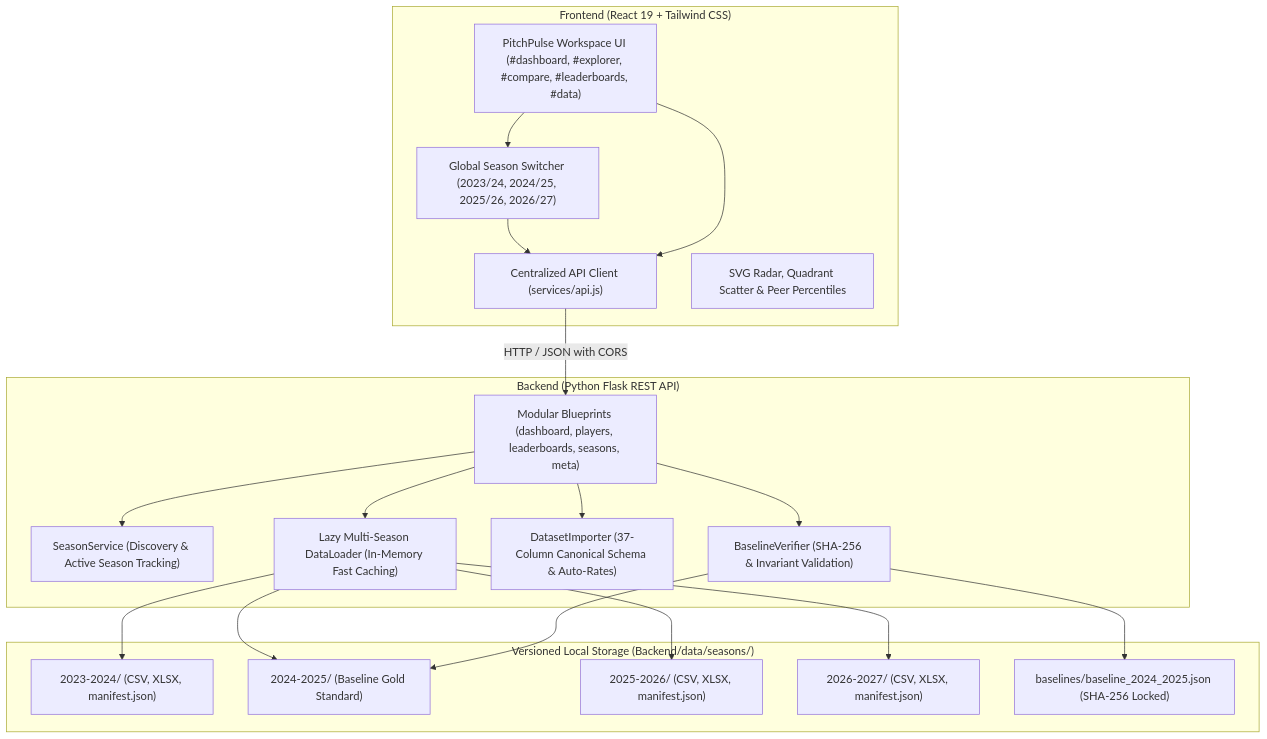
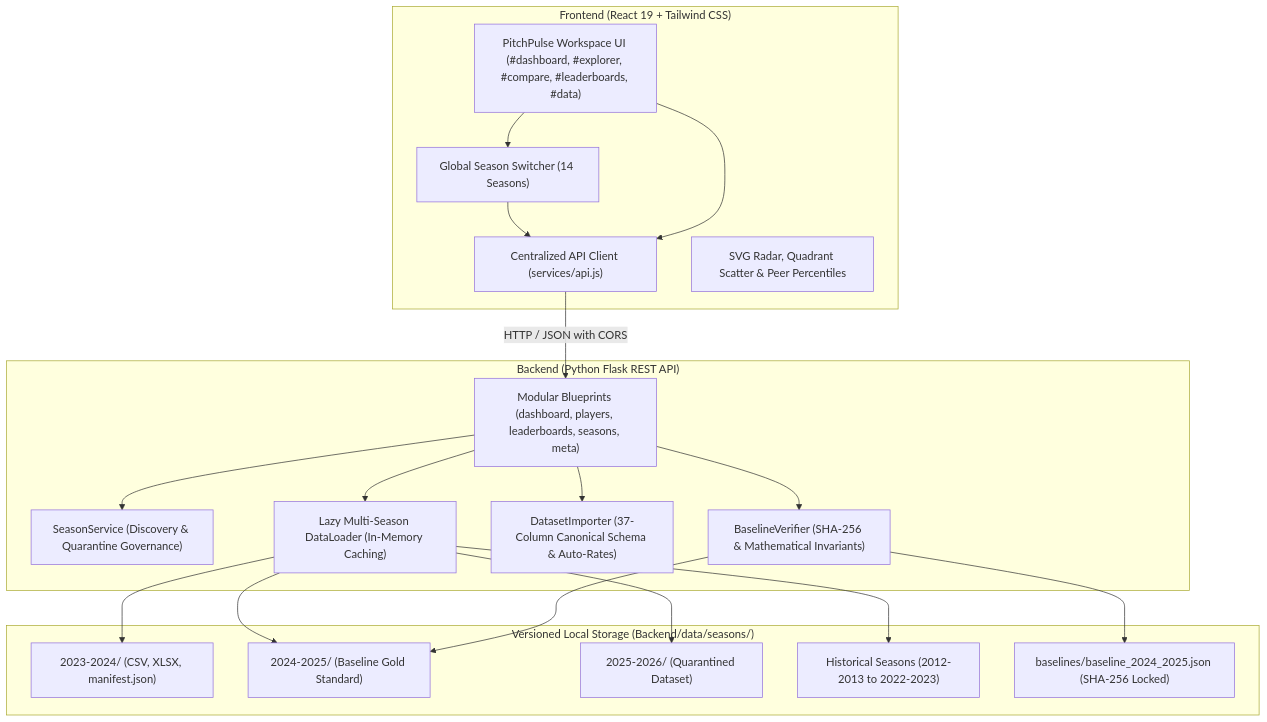
One commit to rk0802p/pitchpulse-analytics changed the diagram in README.md. Above: the diagram before and after it, drawn with Mermaid. The commit also changed other lines of this file and 18 other files, not shown here.

First line of the commit message:
fix(backend): security hardening, baseline governance, and data licensing

````diff
--- a/README.md
+++ b/README.md
@@ -76,40 +79,40 @@
 ```mermaid
 flowchart TD
     subgraph Client ["Frontend (React 19 + Tailwind CSS)"]
         UI["PitchPulse Workspace UI (#dashboard, #explorer, #compare, #leaderboards, #data)"]
-        Switcher["Global Season Switcher (2023/24, 2024/25, 2025/26, 2026/27)"]
+        Switcher["Global Season Switcher (14 Seasons)"]
         APIClient["Centralized API Client (services/api.js)"]
         Visuals["SVG Radar, Quadrant Scatter & Peer Percentiles"]
     end
 
     subgraph Server ["Backend (Python Flask REST API)"]
         Routes["Modular Blueprints (dashboard, players, leaderboards, seasons, meta)"]
-        SeasonService["SeasonService (Discovery & Active Season Tracking)"]
-        DataLoader["Lazy Multi-Season DataLoader (In-Memory Fast Caching)"]
+        SeasonService["SeasonService (Discovery & Quarantine Governance)"]
+        DataLoader["Lazy Multi-Season DataLoader (In-Memory Caching)"]
         Importer["DatasetImporter (37-Column Canonical Schema & Auto-Rates)"]
-        Verifier["BaselineVerifier (SHA-256 & Invariant Validation)"]
+        Verifier["BaselineVerifier (SHA-256 & Mathematical Invariants)"]
     end
 
     subgraph Storage ["Versioned Local Storage (Backend/data/seasons/)"]
         S23["2023-2024/ (CSV, XLSX, manifest.json)"]
         S24["2024-2025/ (Baseline Gold Standard)"]
-        S25["2025-2026/ (CSV, XLSX, manifest.json)"]
-        S26["2026-2027/ (CSV, XLSX, manifest.json)"]
+        S25["2025-2026/ (Quarantined Dataset)"]
+        SHist["Historical Seasons (2012-2013 to 2022-2023)"]
         BaseJSON["baselines/baseline_2024_2025.json (SHA-256 Locked)"]
     end
 
     UI --> Switcher
     Switcher --> APIClient
     UI --> APIClient
     APIClient -->|HTTP / JSON with CORS| Routes
     Routes --> SeasonService
     Routes --> DataLoader
     Routes --> Importer
     Routes --> Verifier
+    DataLoader --> S24
     DataLoader --> S23
-    DataLoader --> S24
+    DataLoader --> SHist
     DataLoader --> S25
-    DataLoader --> S26
     Verifier --> BaseJSON
     Verifier --> S24
 ```
````
